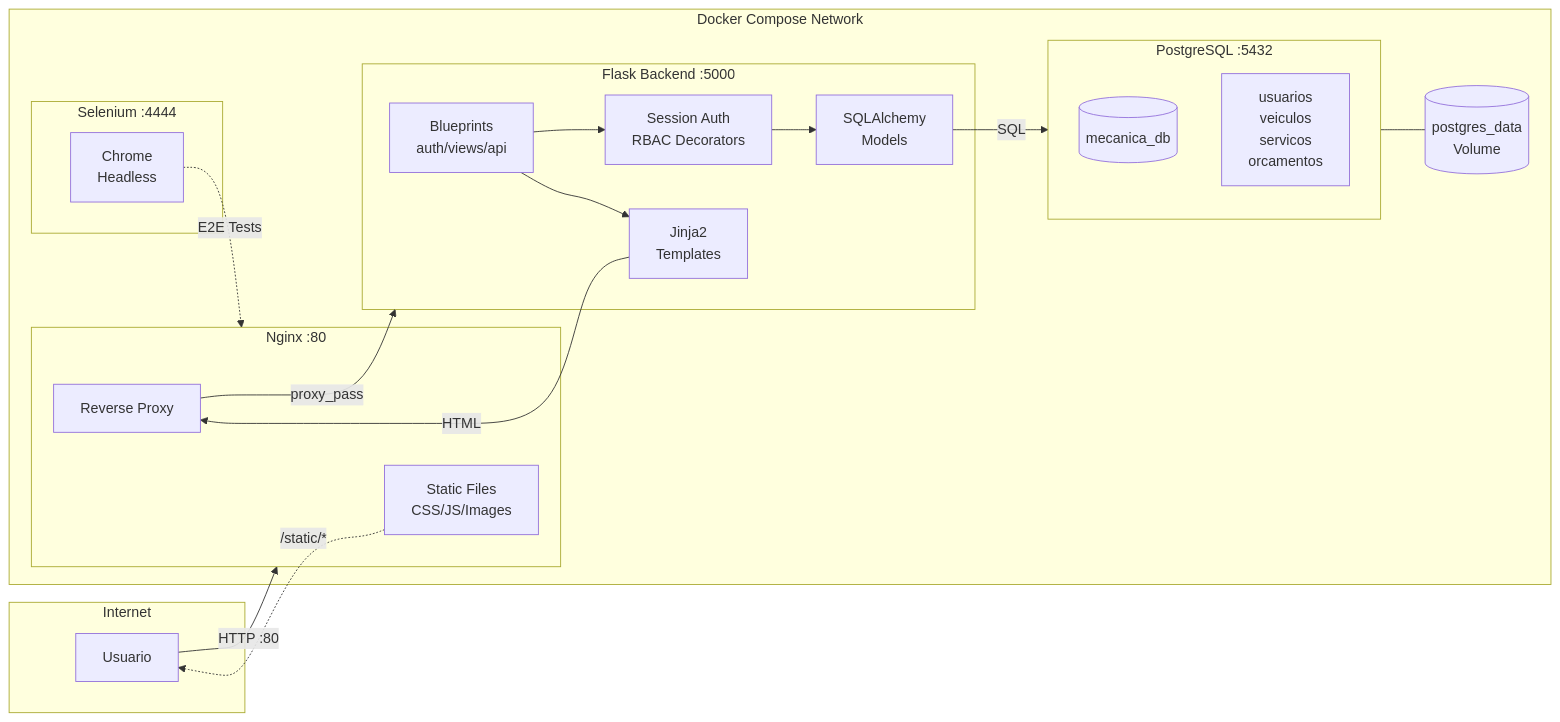
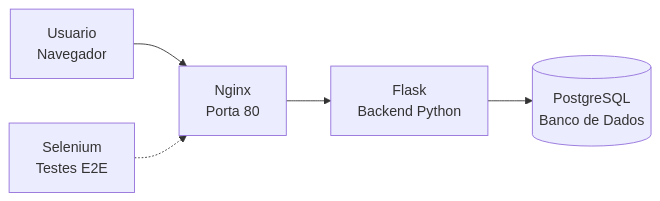
The diagram in docs/ARQUITETURA.md (Gxaite/tppe), drawn with Mermaid before and after one commit. The commit also changed other lines of this file, not shown here.

Commit message:
feat: update system architecture documentation to clarify technology stack and container usage

````diff
--- a/docs/ARQUITETURA.md
+++ b/docs/ARQUITETURA.md
@@ -24,42 +18,7 @@
 ```mermaid
 flowchart LR
-    subgraph EXTERNAL["Internet"]
-        USER["Usuario"]
-    end
-
-    subgraph DOCKER["Docker Compose Network"]
-        subgraph NGINX["Nginx :80"]
-            STATIC["Static Files<br/>CSS/JS/Images"]
-            PROXY["Reverse Proxy"]
-        end
-
-        subgraph FLASK["Flask Backend :5000"]
-            ROUTES["Blueprints<br/>auth/views/api"]
-            AUTH["Session Auth<br/>RBAC Decorators"]
-            ORM["SQLAlchemy<br/>Models"]
-            JINJA["Jinja2<br/>Templates"]
-        end
-
-        subgraph POSTGRES["PostgreSQL :5432"]
-            DB[("mecanica_db")]
-            TABLES["usuarios<br/>veiculos<br/>servicos<br/>orcamentos"]
-        end
-
-        subgraph SELENIUM["Selenium :4444"]
-            CHROME["Chrome<br/>Headless"]
-        end
-
-        VOLUME[("postgres_data<br/>Volume")]
-    end
-
-    USER -->|HTTP :80| NGINX
-    PROXY -->|proxy_pass| FLASK
-    STATIC -.->|/static/*| USER
-    ROUTES --> AUTH
-    AUTH --> ORM
-    ROUTES --> JINJA
-    JINJA -->|HTML| PROXY
-    ORM -->|SQL| POSTGRES
-    POSTGRES --- VOLUME
-    CHROME -.->|E2E Tests| NGINX
+    USUARIO["Usuario<br/>Navegador"] --> NGINX["Nginx<br/>Porta 80"]
+    NGINX --> FLASK["Flask<br/>Backend Python"]
+    FLASK --> POSTGRES[("PostgreSQL<br/>Banco de Dados")]
+    SELENIUM["Selenium<br/>Testes E2E"] -.-> NGINX
 ```
````
